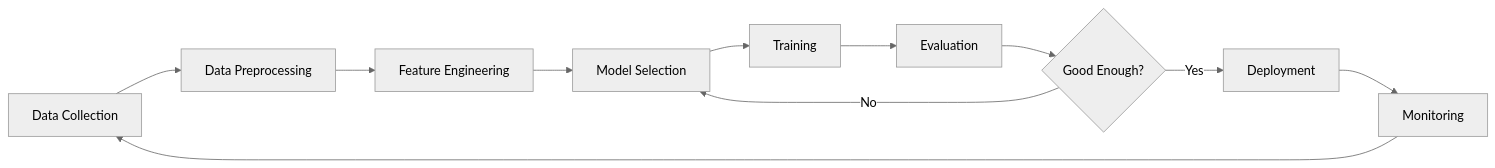
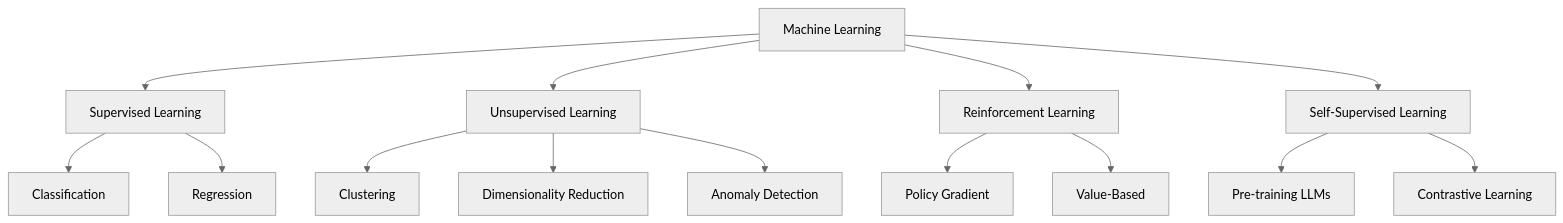
One commit to vanos001/placement_prep changed the first of 3 diagrams in src/ml/overview.md. Above: the diagram before and after it, drawn with Mermaid (neutral theme). The commit also changed other lines of this file and 2 other files, not shown here.

````diff
--- a/src/ml/overview.md
+++ b/src/ml/overview.md
@@ -9,13 +9,16 @@
 ```mermaid
-flowchart LR
-    A[Data Collection] --> B[Data Preprocessing]
-    B --> C[Feature Engineering]
-    C --> D[Model Selection]
-    D --> E[Training]
-    E --> F[Evaluation]
-    F --> G{Good Enough?}
-    G -->|No| D
-    G -->|Yes| H[Deployment]
-    H --> I[Monitoring]
-    I --> A
+graph TD
+    A[Machine Learning] --> B[Supervised Learning]
+    A --> C[Unsupervised Learning]
+    A --> D[Reinforcement Learning]
+    A --> E[Self-Supervised Learning]
+    B --> B1[Classification]
+    B --> B2[Regression]
+    C --> C1[Clustering]
+    C --> C2[Dimensionality Reduction]
+    C --> C3[Anomaly Detection]
+    D --> D1[Policy Gradient]
+    D --> D2[Value-Based]
+    E --> E1[Pre-training LLMs]
+    E --> E2[Contrastive Learning]
 ```
````
